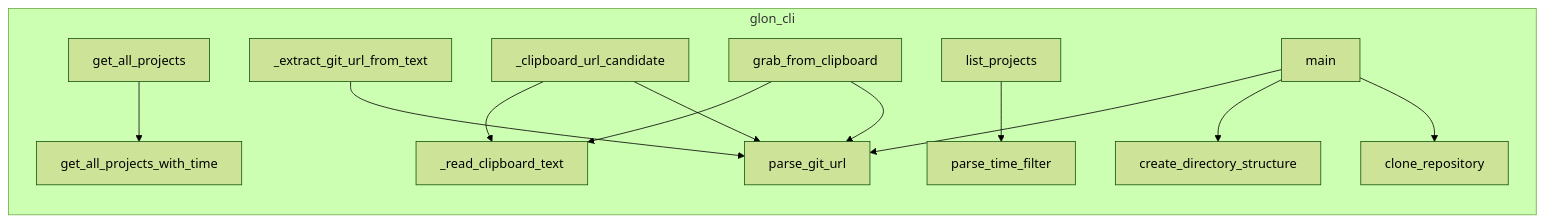
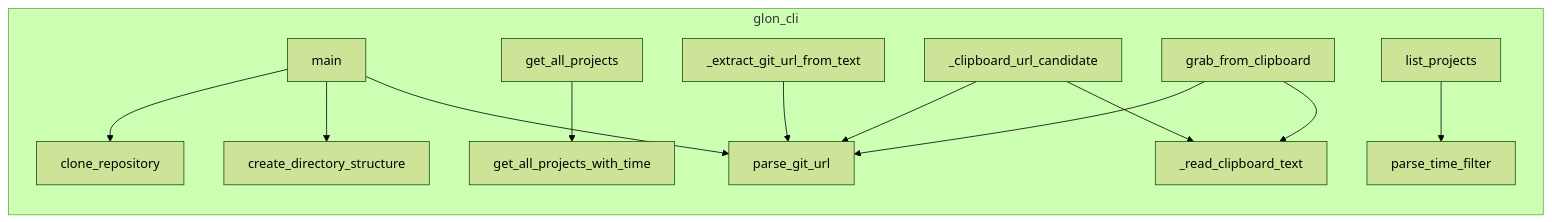
One commit to tom-sapletta-com/glon changed the diagram in project/calls.mmd. Above: the diagram before and after it, drawn with Mermaid (forest theme). The commit also changed other lines of this file and 18 other files, not shown here.

```diff
--- a/project/calls.mmd
+++ b/project/calls.mmd
@@ -1,25 +1,25 @@
 flowchart LR
     subgraph glon_cli
-        glon__cli__parse_git_url["parse_git_url"]
-        glon__cli__parse_time_filter["parse_time_filter"]
-        glon__cli___read_clipboard_text["_read_clipboard_text"]
+        glon__cli__main["main"]
+        glon__cli___extract_git_url_from_text["_extract_git_url_from_text"]
         glon__cli__create_directory_structure["create_directory_structure"]
         glon__cli__grab_from_clipboard["grab_from_clipboard"]
+        glon__cli__get_all_projects_with_time["get_all_projects_with_time"]
+        glon__cli__parse_git_url["parse_git_url"]
+        glon__cli__list_projects["list_projects"]
+        glon__cli___read_clipboard_text["_read_clipboard_text"]
+        glon__cli__clone_repository["clone_repository"]
+        glon__cli__parse_time_filter["parse_time_filter"]
         glon__cli__get_all_projects["get_all_projects"]
-        glon__cli___extract_git_url_from_text["_extract_git_url_from_text"]
-        glon__cli__list_projects["list_projects"]
-        glon__cli__main["main"]
         glon__cli___clipboard_url_candidate["_clipboard_url_candidate"]
-        glon__cli__clone_repository["clone_repository"]
-        glon__cli__get_all_projects_with_time["get_all_projects_with_time"]
     end
     glon__cli__get_all_projects --> glon__cli__get_all_projects_with_time
     glon__cli___extract_git_url_from_text --> glon__cli__parse_git_url
     glon__cli___clipboard_url_candidate --> glon__cli___read_clipboard_text
     glon__cli___clipboard_url_candidate --> glon__cli__parse_git_url
     glon__cli__grab_from_clipboard --> glon__cli___read_clipboard_text
     glon__cli__grab_from_clipboard --> glon__cli__parse_git_url
     glon__cli__list_projects --> glon__cli__parse_time_filter
     glon__cli__main --> glon__cli__parse_git_url
     glon__cli__main --> glon__cli__create_directory_structure
     glon__cli__main --> glon__cli__clone_repository
```
